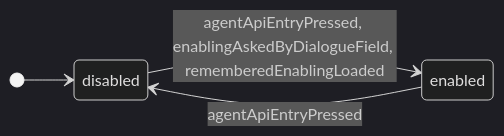
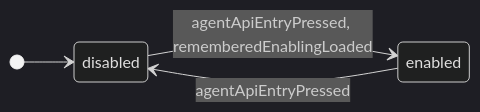
Before and after one commit to GoodRelax/gr-scheduler: diagram 30 of 31 in docs/spec/_assets/tbl-state-machines.md, drawn with Mermaid (dark theme). The commit also changed other lines of this file and 329 other files, not shown here.

````diff
--- a/docs/spec/_assets/tbl-state-machines.md
+++ b/docs/spec/_assets/tbl-state-machines.md
@@ -1335,9 +1287,9 @@
 ```mermaid
 stateDiagram-v2
     direction LR
     [*] --> agentApiEnablingStateMachine_disabled
     agentApiEnablingStateMachine_disabled : disabled
     agentApiEnablingStateMachine_enabled : enabled
-    agentApiEnablingStateMachine_disabled --> agentApiEnablingStateMachine_enabled : agentApiEntryPressed, enablingAskedByDialogueField, rememberedEnablingLoaded
+    agentApiEnablingStateMachine_disabled --> agentApiEnablingStateMachine_enabled : agentApiEntryPressed, rememberedEnablingLoaded
     agentApiEnablingStateMachine_enabled --> agentApiEnablingStateMachine_disabled : agentApiEntryPressed
 ```
````
